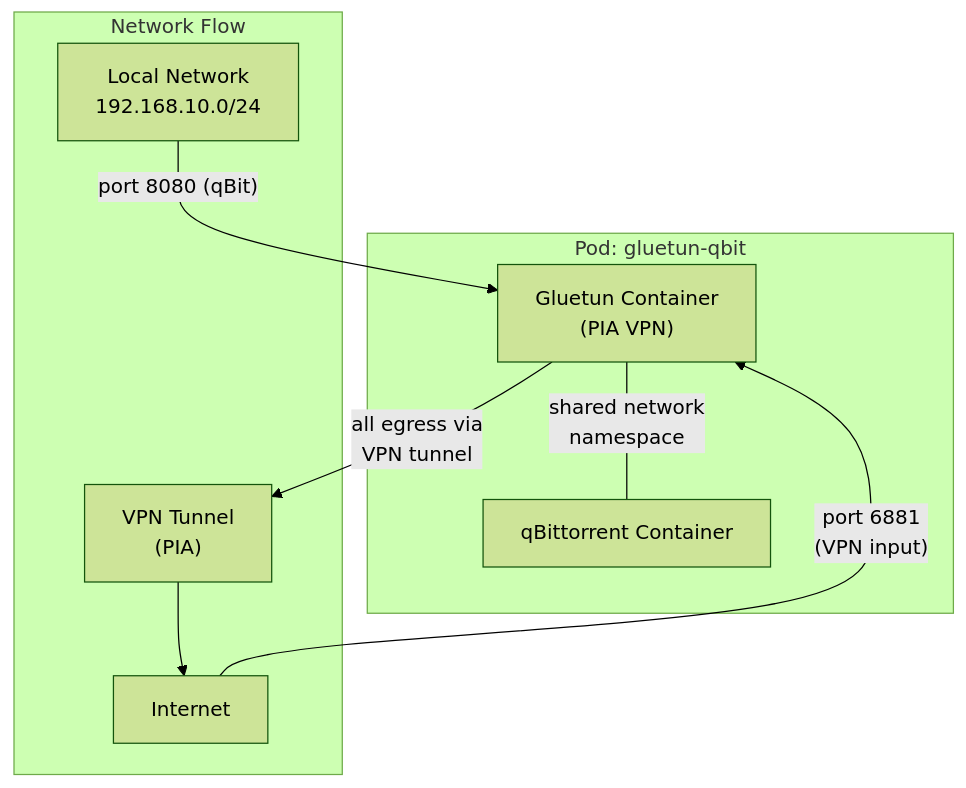
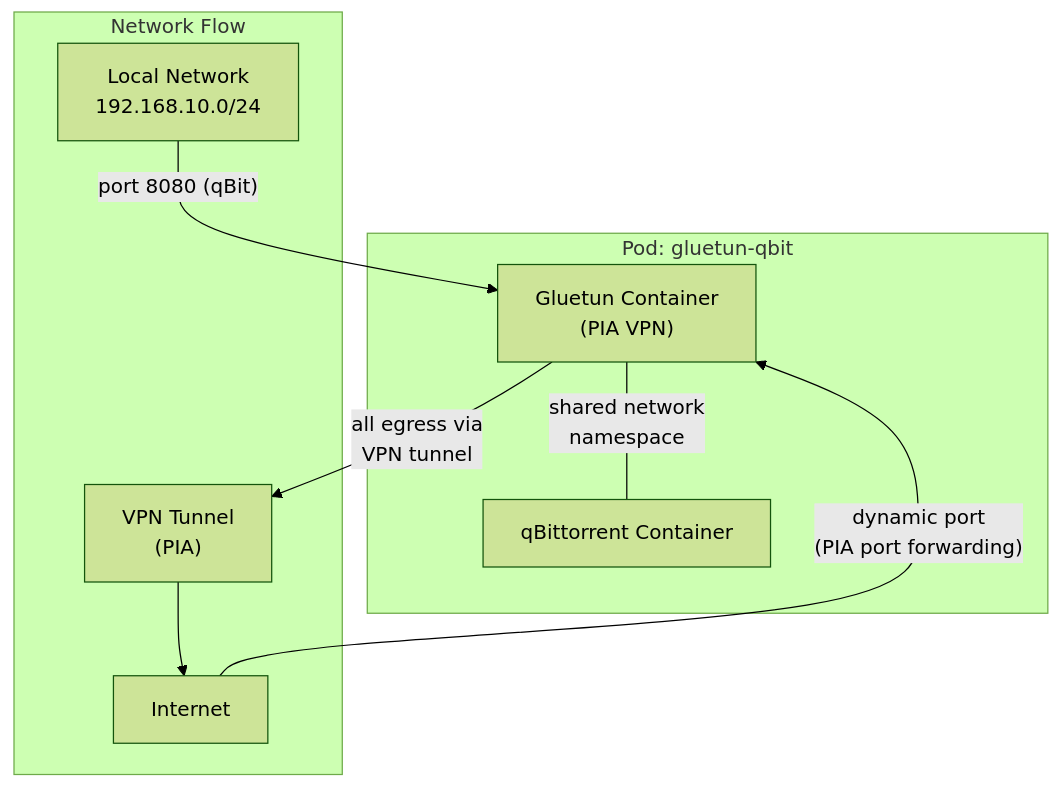
One commit to kyleseneker/homelab changed the third of 3 diagrams in docs/architecture/networking.md. Above: the diagram before and after it, drawn with Mermaid (forest theme). The commit also changed other lines of this file and 25 other files, not shown here.

````diff
--- a/docs/architecture/networking.md
+++ b/docs/architecture/networking.md
@@ -101,19 +102,19 @@
 ```mermaid
 flowchart TD
     subgraph vpnPod["Pod: gluetun-qbit"]
         gluetun["Gluetun Container\n(PIA VPN)"]
         qbit["qBittorrent Container"]
         gluetun ---|"shared network\nnamespace"| qbit
     end
 
     subgraph network["Network Flow"]
         internet["Internet"]
         vpnTunnel["VPN Tunnel\n(PIA)"]
         localNet["Local Network\n192.168.10.0/24"]
     end
 
     gluetun -->|"all egress via\nVPN tunnel"| vpnTunnel
     vpnTunnel --> internet
     localNet -->|"port 8080 (qBit)"| gluetun
-    internet -->|"port 6881\n(VPN input)"| gluetun
+    internet -->|"dynamic port\n(PIA port forwarding)"| gluetun
 ```
````
